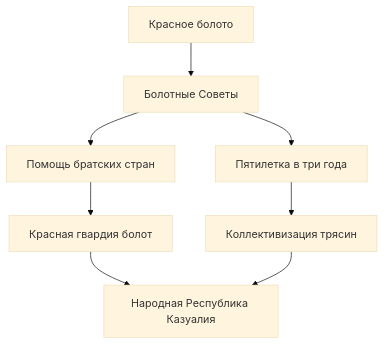
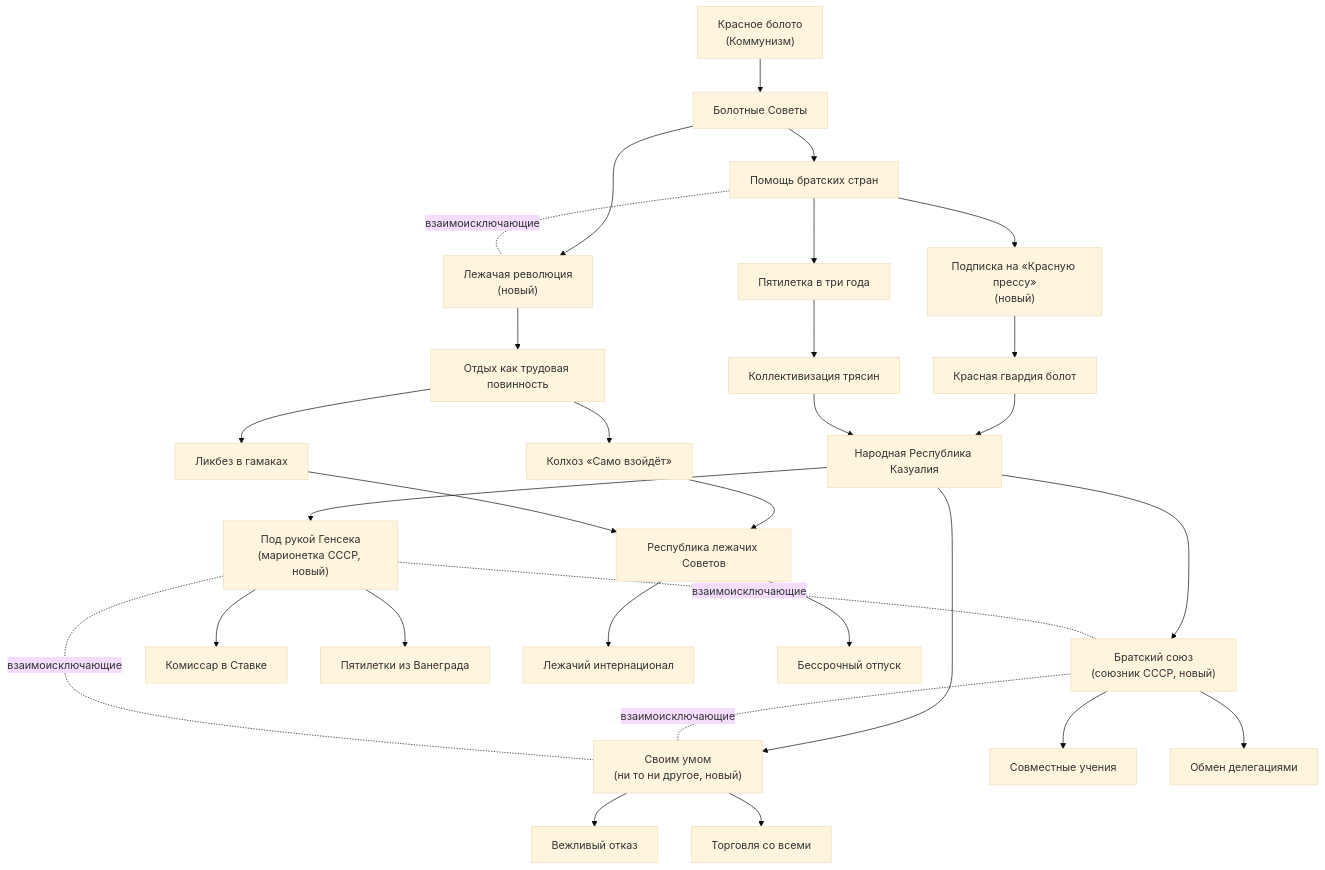
Before and after one commit to CatShredia/casuality-mod: the sixth of 12 diagrams in docs/focuses/Kazualia-Focus-Tree.md, drawn with Mermaid (base theme). The commit also changed other lines of this file and 8 other files, not shown here.

````diff
--- a/docs/focuses/Kazualia-Focus-Tree.md
+++ b/docs/focuses/Kazualia-Focus-Tree.md
@@ -137,10 +255,32 @@
 ```mermaid
 flowchart TD
-    C1["Красное болото"] --> C2["Болотные Советы"]
+    C1["Красное болото<br/>(Коммунизм)"] --> C2["Болотные Советы"]
     C2 --> C3["Помощь братских стран"]
-    C2 --> C4["Пятилетка в три года"]
-    C3 --> C5["Красная гвардия болот"]
+    C2 --> L1["Лежачая революция<br/>(новый)"]
+    C3 -. "взаимоисключающие" .- L1
+    C3 --> P1["Подписка на «Красную прессу»<br/>(новый)"]
+    C3 --> C4["Пятилетка в три года"]
+    P1 --> C5["Красная гвардия болот"]
     C4 --> C6["Коллективизация трясин"]
     C5 --> C7["Народная Республика Казуалия"]
     C6 --> C7
+    C7 --> F1["Под рукой Генсека<br/>(марионетка СССР, новый)"]
+    C7 --> F2["Братский союз<br/>(союзник СССР, новый)"]
+    C7 --> F3["Своим умом<br/>(ни то ни другое, новый)"]
+    F1 -. "взаимоисключающие" .- F2
+    F2 -. "взаимоисключающие" .- F3
+    F1 -. "взаимоисключающие" .- F3
+    F1 --> F1a["Комиссар в Ставке"]
+    F1 --> F1b["Пятилетки из Ванеграда"]
+    F2 --> F2a["Совместные учения"]
+    F2 --> F2b["Обмен делегациями"]
+    F3 --> F3a["Вежливый отказ"]
+    F3 --> F3b["Торговля со всеми"]
+    L1 --> K1["Отдых как трудовая повинность"]
+    K1 --> K2["Колхоз «Само взойдёт»"]
+    K1 --> K3["Ликбез в гамаках"]
+    K2 --> K4["Республика лежачих Советов"]
+    K3 --> K4
+    K4 --> K5["Лежачий интернационал"]
+    K4 --> K6["Бессрочный отпуск"]
 ```
````
